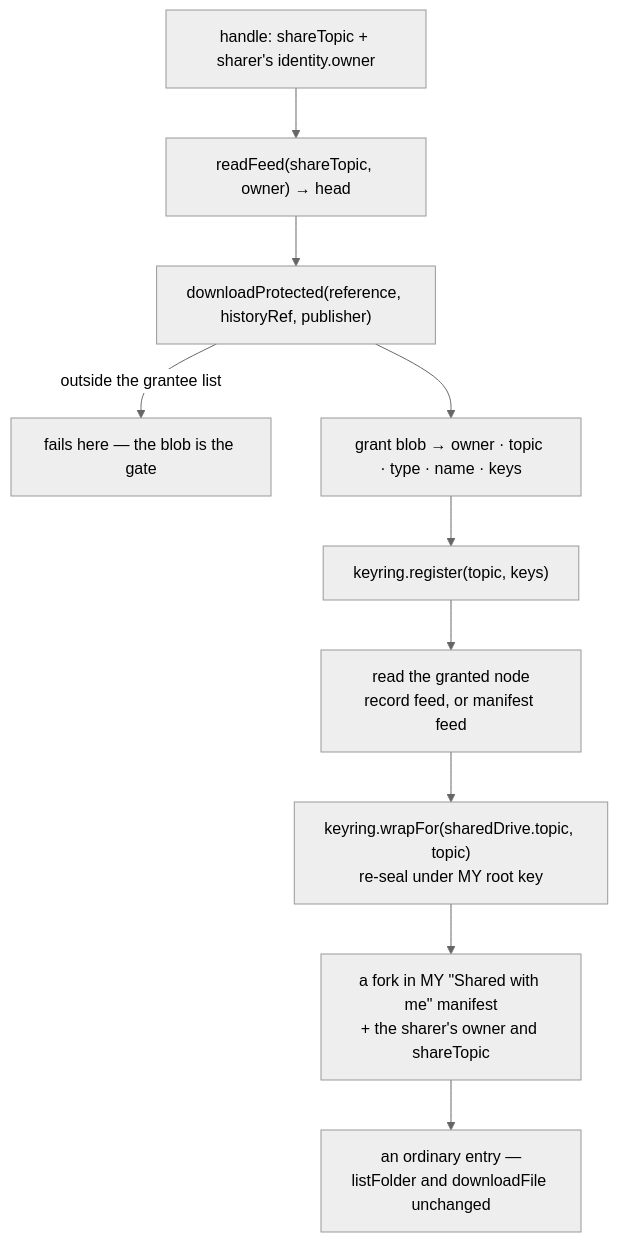
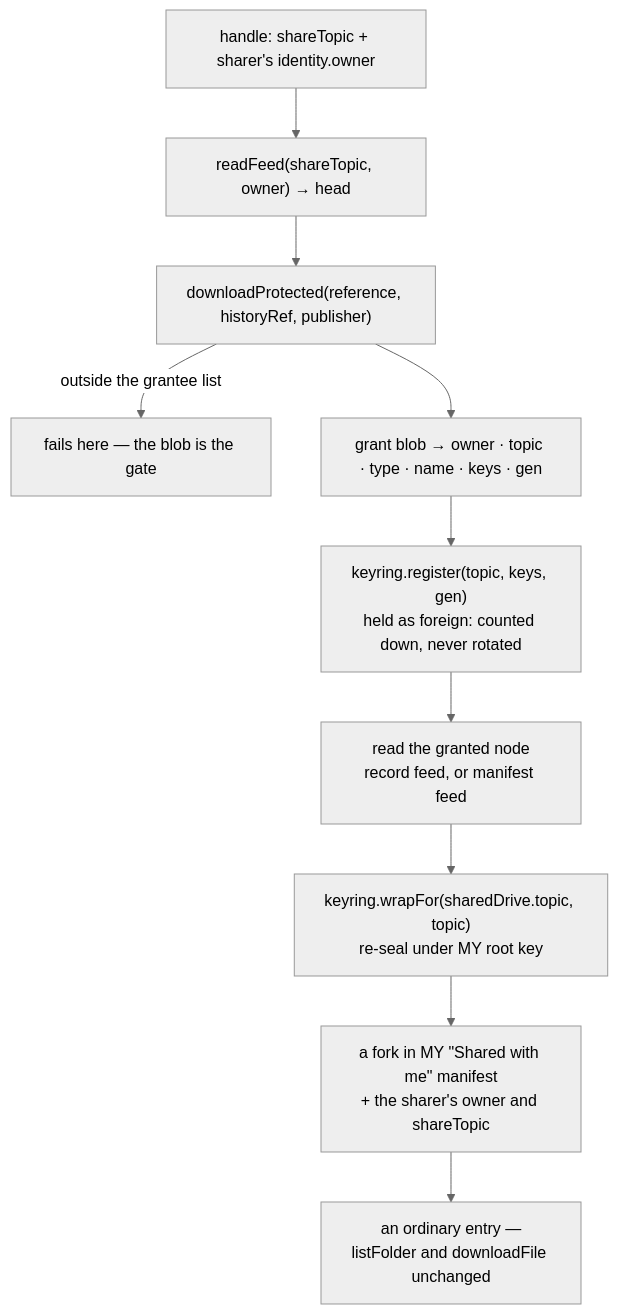
One commit to Solar-Punk-Ltd/file-manager-lib changed the third of 6 diagrams in docs/ACCESS_CONTROL.md. Above: the diagram before and after it, drawn with Mermaid (neutral theme). The commit also changed other lines of this file and 21 other files, not shown here.

````diff
--- a/docs/ACCESS_CONTROL.md
+++ b/docs/ACCESS_CONTROL.md
@@ -252,12 +267,12 @@
 ```mermaid
 flowchart TD
     H["handle: shareTopic + sharer's identity.owner"] --> R1["readFeed(shareTopic, owner) → head"]
     R1 --> R2["downloadProtected(reference, historyRef, publisher)"]
     R2 -->|"outside the grantee list"| X["fails here — the blob is the gate"]
-    R2 --> R3["grant blob → owner · topic · type · name · keys"]
-    R3 --> R4["keyring.register(topic, keys)"]
+    R2 --> R3["grant blob → owner · topic · type · name · keys · gen"]
+    R3 --> R4["keyring.register(topic, keys, gen)<br/>held as foreign: counted down, never rotated"]
     R4 --> R5["read the granted node<br/>record feed, or manifest feed"]
     R5 --> R6["keyring.wrapFor(sharedDrive.topic, topic)<br/>re-seal under MY root key"]
     R6 --> R7["a fork in MY &quot;Shared with me&quot; manifest<br/>+ the sharer's owner and shareTopic"]
     R7 --> R8["an ordinary entry —<br/>listFolder and downloadFile unchanged"]
 ```
````
